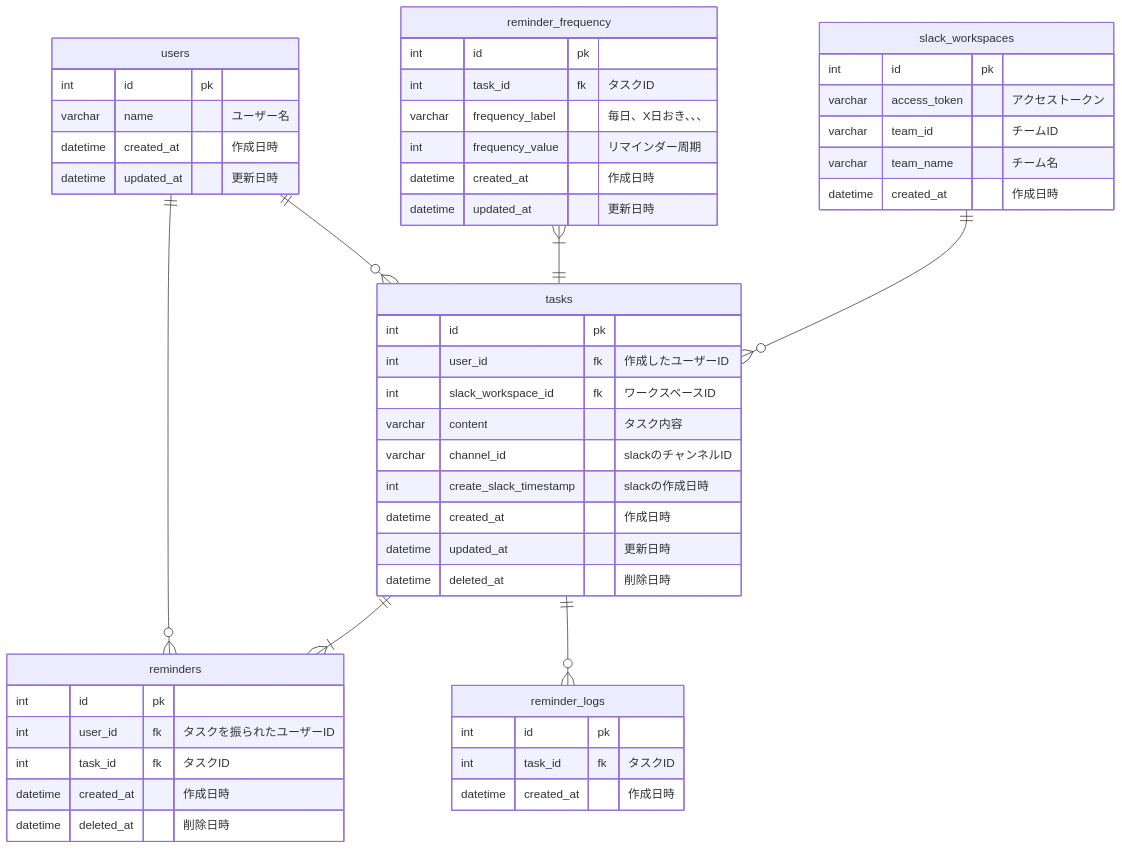
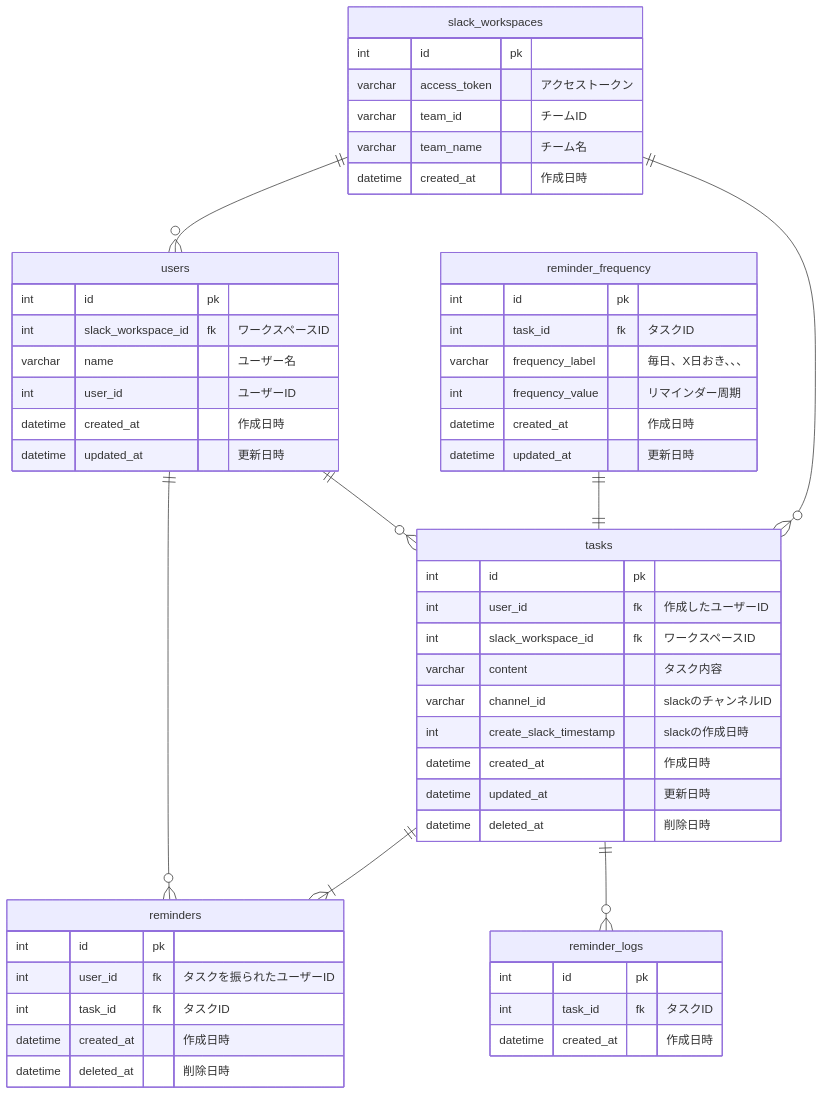
The diagram in データベースモデリング4/課題1/課題1.md (zyumax/pc_task), drawn with Mermaid before and after one commit. The commit also changed 1 other file, not shown here.

Commit message:
ユーザーとワークスペースにリレーション追加とタスクと周期テーブルのリレーション変更

````diff
--- a/データベースモデリング4/課題1/課題1.md
+++ b/データベースモデリング4/課題1/課題1.md
@@ -16,54 +16,57 @@
 ```mermaid
 erDiagram
 users {
   int id pk
+  int slack_workspace_id fk "ワークスペースID"
   varchar name "ユーザー名"
+  int user_id "ユーザーID"
   datetime created_at "作成日時"
   datetime updated_at "更新日時"
 }
 slack_workspaces {
   int id pk
   varchar access_token "アクセストークン"
   varchar team_id "チームID"
   varchar team_name "チーム名"
   datetime created_at "作成日時"
 }
 tasks {
   int id pk
   int user_id fk "作成したユーザーID"
   int slack_workspace_id fk "ワークスペースID"
   varchar content "タスク内容"
   varchar channel_id "slackのチャンネルID"
   int create_slack_timestamp "slackの作成日時"
   datetime created_at "作成日時"
   datetime updated_at "更新日時"
   datetime deleted_at "削除日時"
 }
 reminders {
   int id pk
   int user_id fk "タスクを振られたユーザーID"
   int task_id fk "タスクID"
   datetime created_at "作成日時"
   datetime deleted_at "削除日時"
 }
 reminder_frequency {
   int id pk
   int task_id fk "タスクID"
   varchar frequency_label "毎日、X日おき、、、"
   int frequency_value "リマインダー周期"
   datetime created_at "作成日時"
   datetime updated_at "更新日時"
 }
 reminder_logs {
   int id pk
   int task_id fk "タスクID"
   datetime created_at "作成日時"
 }
 %% relations
 users ||--o{ tasks : ""
 users ||--o{ reminders : ""
 tasks ||--|{ reminders : ""
 tasks ||--o{ reminder_logs : ""
-reminder_frequency }|--|| tasks : ""
+reminder_frequency ||--|| tasks : ""
 slack_workspaces ||--o{ tasks : ""
+slack_workspaces ||--o{ users : ""
 ```
````
